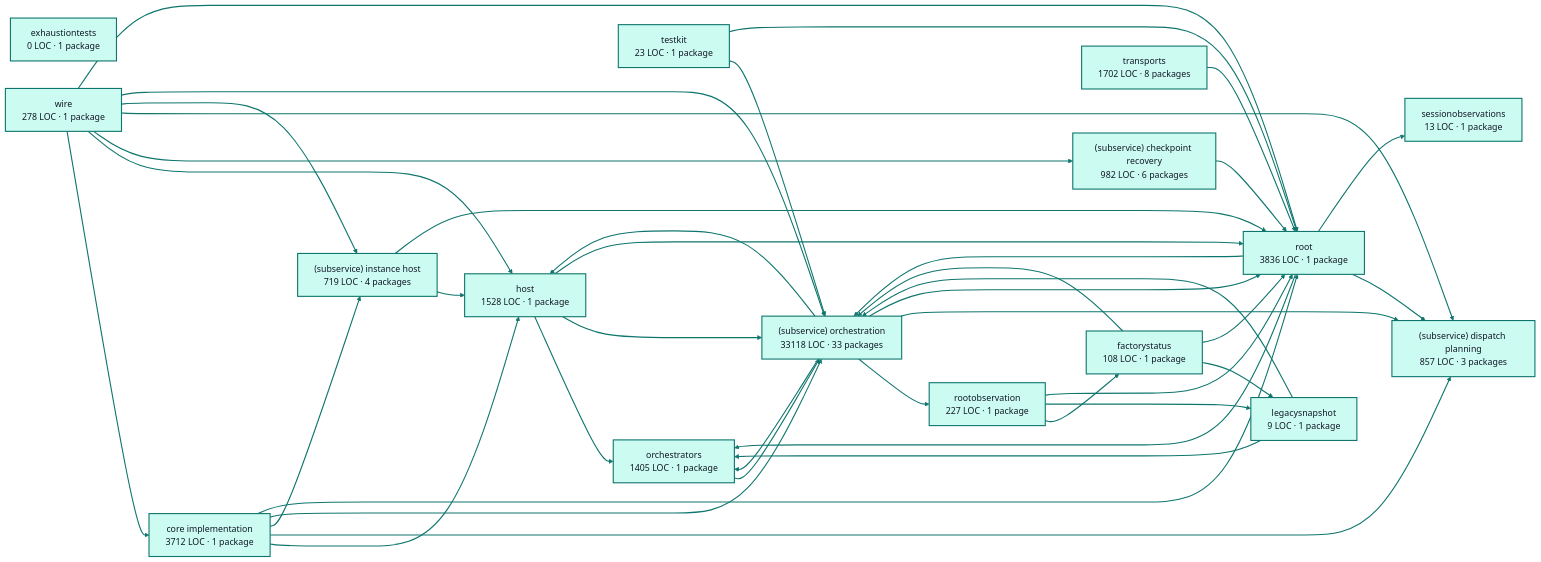
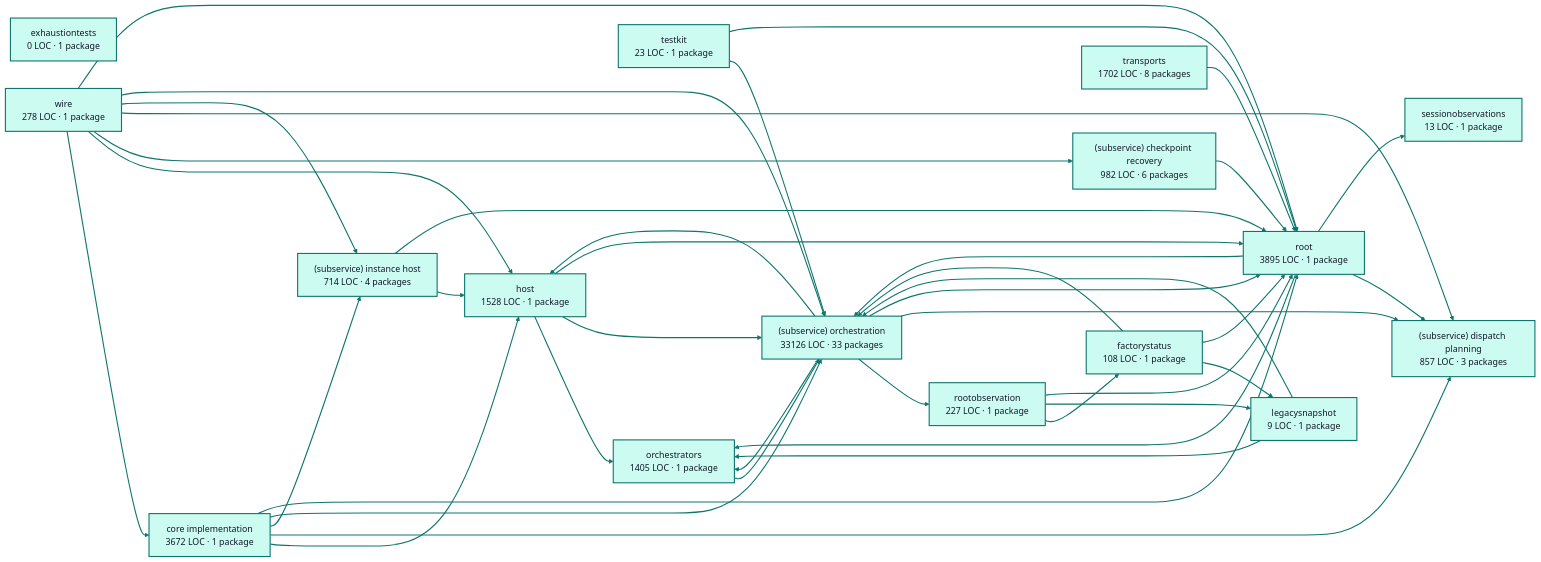
The diagram in docs/architecture/visualizations/services/factory_runtime.md (portpowered/you-agent-factory), drawn with Mermaid before and after one commit. The commit also changed other lines of this file and 20 other files, not shown here.

Commit message:
docs: refresh backend architecture visualizations

````diff
--- a/docs/architecture/visualizations/services/factory_runtime.md
+++ b/docs/architecture/visualizations/services/factory_runtime.md
@@ -11,75 +11,75 @@
 ```mermaid
 flowchart LR
-  p0["core implementation<br/>3712 LOC · 1 package"]
+  p0["core implementation<br/>3672 LOC · 1 package"]
   p1["exhaustiontests<br/>0 LOC · 1 package"]
   p2["factorystatus<br/>108 LOC · 1 package"]
   p3["host<br/>1528 LOC · 1 package"]
   p4["legacysnapshot<br/>9 LOC · 1 package"]
   p5["orchestrators<br/>1405 LOC · 1 package"]
   p6["rootobservation<br/>227 LOC · 1 package"]
   p7["(subservice) checkpoint recovery<br/>982 LOC · 6 packages"]
   p8["(subservice) dispatch planning<br/>857 LOC · 3 packages"]
-  p9["(subservice) instance host<br/>719 LOC · 4 packages"]
-  p10["(subservice) orchestration<br/>33118 LOC · 33 packages"]
+  p9["(subservice) instance host<br/>714 LOC · 4 packages"]
+  p10["(subservice) orchestration<br/>33126 LOC · 33 packages"]
   p11["sessionobservations<br/>13 LOC · 1 package"]
   p12["testkit<br/>23 LOC · 1 package"]
-  p13["root<br/>3836 LOC · 1 package"]
+  p13["root<br/>3895 LOC · 1 package"]
   p14["transports<br/>1702 LOC · 8 packages"]
   p15["wire<br/>278 LOC · 1 package"]
   p0 --> p3
   p0 --> p8
   p0 --> p9
   p0 --> p10
   p0 --> p13
   p2 --> p4
   p2 --> p10
   p2 --> p13
   p3 --> p5
   p3 --> p10
   p3 --> p13
   p4 --> p5
   p4 --> p10
   p5 --> p10
   p6 --> p2
   p6 --> p4
   p6 --> p13
   p7 --> p13
   p9 --> p3
   p9 --> p13
   p10 --> p3
   p10 --> p5
   p10 --> p6
   p10 --> p8
   p10 --> p13
   p12 --> p10
   p12 --> p13
   p13 --> p5
   p13 --> p8
   p13 --> p10
   p13 --> p11
   p14 --> p13
   p15 --> p0
   p15 --> p3
   p15 --> p7
   p15 --> p8
   p15 --> p9
   p15 --> p10
   p15 --> p13
   style p0 fill:#ccfbf1,stroke:#0f766e,stroke-width:2px,color:#111827
   style p1 fill:#ccfbf1,stroke:#0f766e,stroke-width:2px,color:#111827
   style p2 fill:#ccfbf1,stroke:#0f766e,stroke-width:2px,color:#111827
   style p3 fill:#ccfbf1,stroke:#0f766e,stroke-width:2px,color:#111827
   style p4 fill:#ccfbf1,stroke:#0f766e,stroke-width:2px,color:#111827
   style p5 fill:#ccfbf1,stroke:#0f766e,stroke-width:2px,color:#111827
   style p6 fill:#ccfbf1,stroke:#0f766e,stroke-width:2px,color:#111827
   style p7 fill:#ccfbf1,stroke:#0f766e,stroke-width:2px,color:#111827
   style p8 fill:#ccfbf1,stroke:#0f766e,stroke-width:2px,color:#111827
   style p9 fill:#ccfbf1,stroke:#0f766e,stroke-width:2px,color:#111827
   style p10 fill:#ccfbf1,stroke:#0f766e,stroke-width:2px,color:#111827
   style p11 fill:#ccfbf1,stroke:#0f766e,stroke-width:2px,color:#111827
   style p12 fill:#ccfbf1,stroke:#0f766e,stroke-width:2px,color:#111827
   style p13 fill:#ccfbf1,stroke:#0f766e,stroke-width:2px,color:#111827
   style p14 fill:#ccfbf1,stroke:#0f766e,stroke-width:2px,color:#111827
   style p15 fill:#ccfbf1,stroke:#0f766e,stroke-width:2px,color:#111827
   linkStyle default stroke:#0f766e,stroke-width:2px
 ```
````
